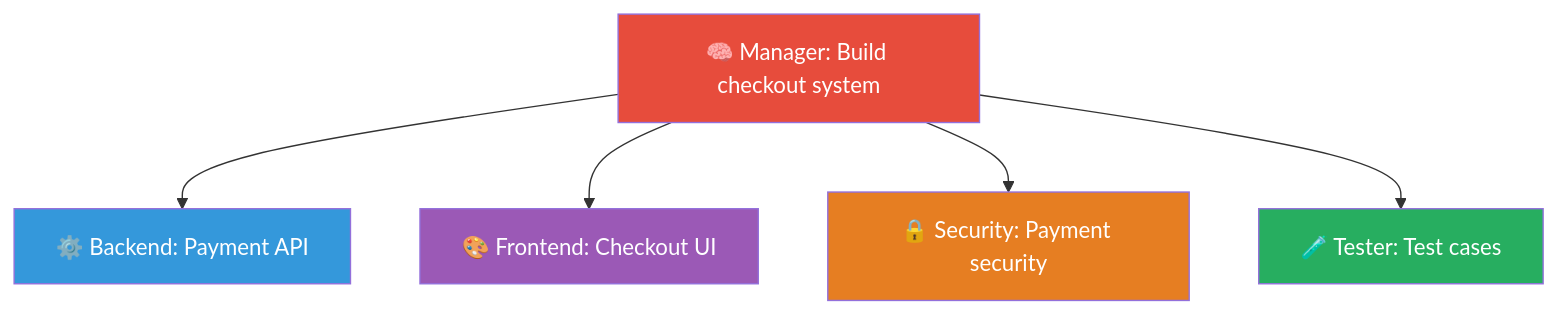
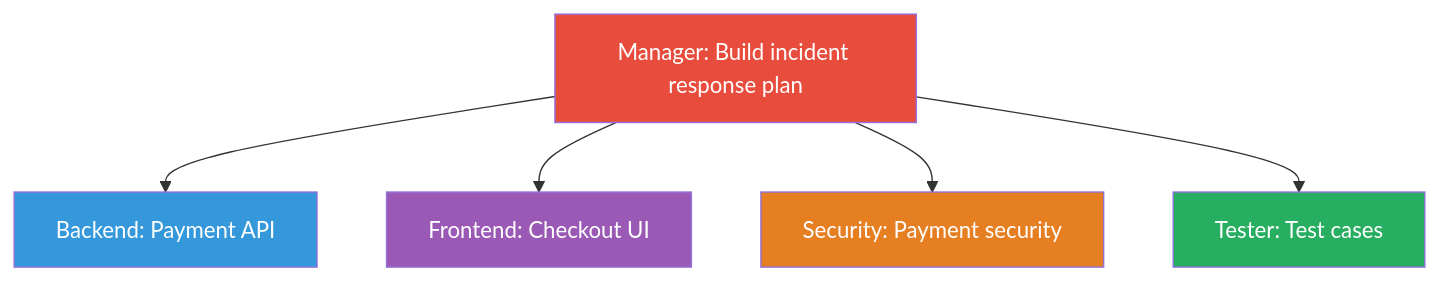
Before and after one commit to Sujalkathait/-AI-Agent-Security-Playbook.: the tenth of 53 diagrams in AI Agent Communication.md, drawn with Mermaid. The commit also changed other lines of this file and 2 other files, not shown here.

````diff
--- a/AI Agent Communication.md
+++ b/AI Agent Communication.md
@@ -310,19 +310,19 @@
 ```mermaid
 graph TD
-    Manager["🧠 Manager: Build checkout system"]
-    Backend["⚙️ Backend: Payment API"]
-    Frontend["🎨 Frontend: Checkout UI"]
-    Security["🔒 Security: Payment security"]
-    Tester["🧪 Tester: Test cases"]
+  Manager[" Manager: Build incident response plan"]
+  Backend[" Backend: Payment API"]
+  Frontend[" Frontend: Checkout UI"]
+  Security[" Security: Payment security"]
+  Tester[" Tester: Test cases"]
 
-    Manager --> Backend
-    Manager --> Frontend
-    Manager --> Security
-    Manager --> Tester
+  Manager --> Backend
+  Manager --> Frontend
+  Manager --> Security
+  Manager --> Tester
 
-    style Manager fill:#e74c3c,color:white
-    style Backend fill:#3498db,color:white
-    style Frontend fill:#9b59b6,color:white
-    style Security fill:#e67e22,color:white
-    style Tester fill:#27ae60,color:white
+  style Manager fill:#e74c3c,color:white
+  style Backend fill:#3498db,color:white
+  style Frontend fill:#9b59b6,color:white
+  style Security fill:#e67e22,color:white
+  style Tester fill:#27ae60,color:white
 ```
````
